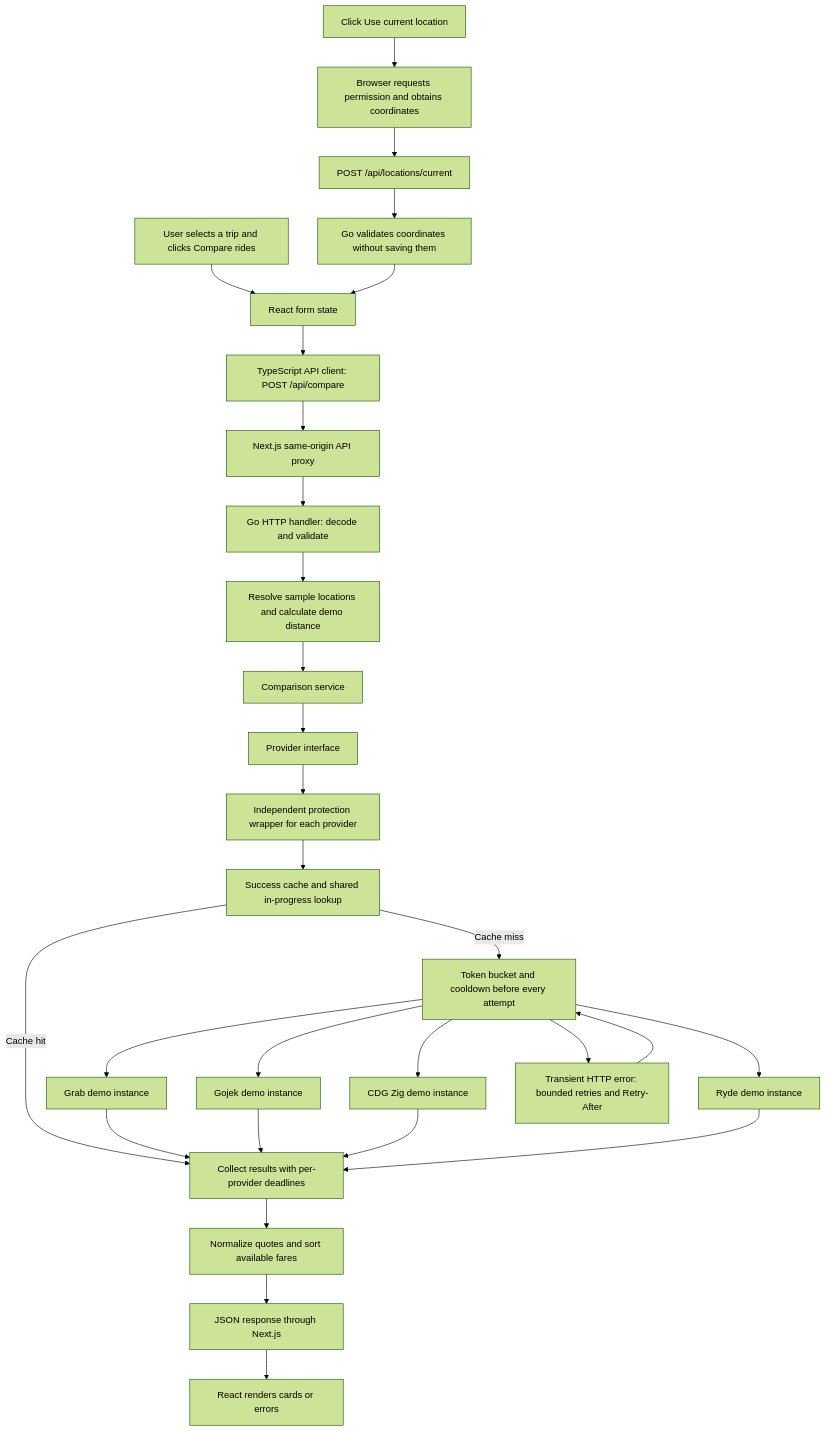
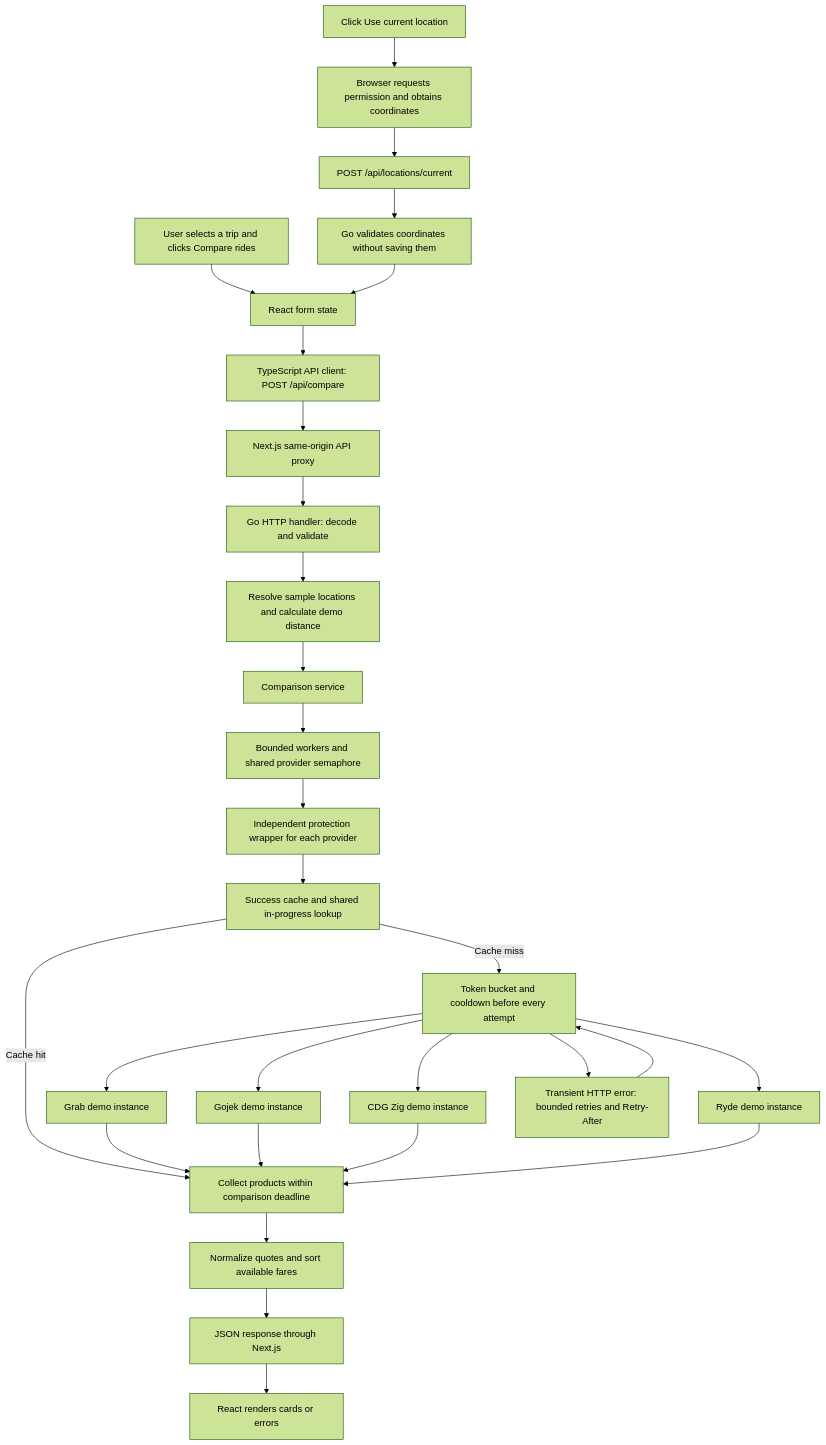
One commit to Raghaaavvv/farewise changed the diagram in README.md. Above: the diagram before and after it, drawn with Mermaid (forest theme). The commit also changed other lines of this file and 24 other files, not shown here.

First line of the commit message:
Support product batches, fare ranges and bounded provider execution

````diff
--- a/README.md
+++ b/README.md
@@ -50,31 +53,31 @@
 ```mermaid
 flowchart TD
     A[User selects a trip and clicks Compare rides] --> B[React form state]
     B --> C[TypeScript API client: POST /api/compare]
     C --> D[Next.js same-origin API proxy]
     D --> E[Go HTTP handler: decode and validate]
     E --> F[Resolve sample locations and calculate demo distance]
     F --> G[Comparison service]
-    G --> H[Provider interface]
+    G --> H[Bounded workers and shared provider semaphore]
     H --> U[Independent protection wrapper for each provider]
     U --> V[Success cache and shared in-progress lookup]
     V -->|Cache miss| W[Token bucket and cooldown before every attempt]
     W --> I[Grab demo instance]
     W --> J[Gojek demo instance]
     W --> K[CDG Zig demo instance]
     W --> L[Ryde demo instance]
     V -->|Cache hit| M
     W --> X[Transient HTTP error: bounded retries and Retry-After]
     X --> W
-    I --> M[Collect results with per-provider deadlines]
+    I --> M[Collect products within comparison deadline]
     J --> M
     K --> M
     L --> M
     M --> N[Normalize quotes and sort available fares]
     N --> O[JSON response through Next.js]
     O --> P[React renders cards or errors]
     Q[Click Use current location] --> R[Browser requests permission and obtains coordinates]
     R --> S[POST /api/locations/current]
     S --> T[Go validates coordinates without saving them]
     T --> B
 ```
````
